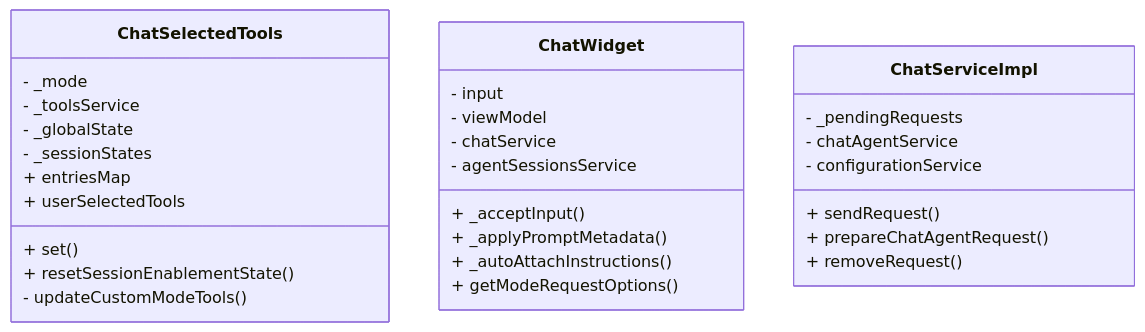
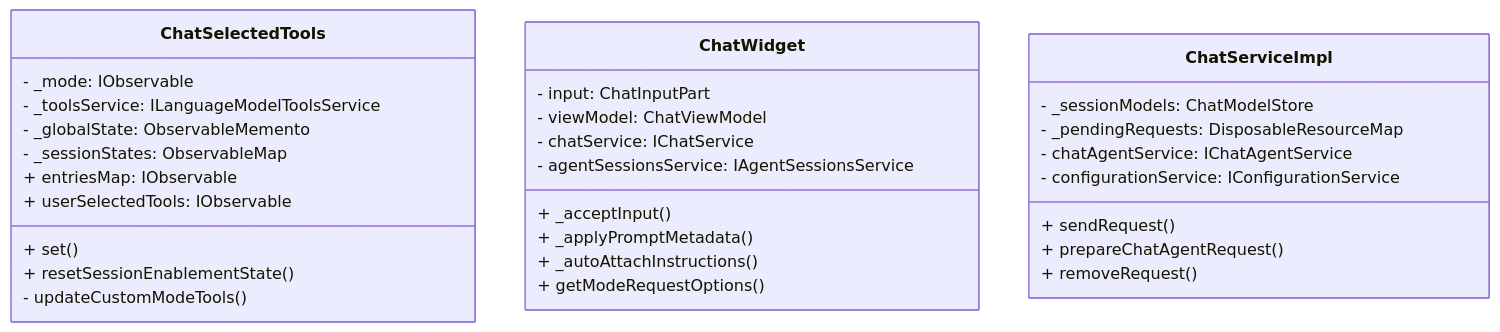
The first of 4 diagrams in living_doc/agentbackground.md (tamuratak/vscode), drawn with Mermaid before and after one commit. The commit also changed other lines of this file, not shown here.

Commit message:
Refactor class diagrams in agent background documentation for improved clarity and type definitions

````diff
--- a/living_doc/agentbackground.md
+++ b/living_doc/agentbackground.md
@@ -29,32 +29,33 @@
 ```mermaid
 classDiagram
 class ChatSelectedTools {
-	- _mode
-	- _toolsService
-	- _globalState
-	- _sessionStates
-	+ entriesMap
-	+ userSelectedTools
+	- _mode: IObservable<IChatMode>
+	- _toolsService: ILanguageModelToolsService
+	- _globalState: ObservableMemento<ToolEnablementStates>
+	- _sessionStates: ObservableMap
+	+ entriesMap: IObservable<IToolAndToolSetEnablementMap>
+	+ userSelectedTools: IObservable<UserSelectedTools>
 	+ set()
 	+ resetSessionEnablementState()
 	- updateCustomModeTools()
 }
 class ChatWidget {
-	- input
-	- viewModel
-	- chatService
-	- agentSessionsService
+	- input: ChatInputPart
+	- viewModel: ChatViewModel
+	- chatService: IChatService
+	- agentSessionsService: IAgentSessionsService
 	+ _acceptInput()
 	+ _applyPromptMetadata()
 	+ _autoAttachInstructions()
 	+ getModeRequestOptions()
 }
 class ChatServiceImpl {
-	- _pendingRequests
-	- chatAgentService
-	- configurationService
+	- _sessionModels: ChatModelStore
+	- _pendingRequests: DisposableResourceMap<CancellableRequest>
+	- chatAgentService: IChatAgentService
+	- configurationService: IConfigurationService
 	+ sendRequest()
 	+ prepareChatAgentRequest()
 	+ removeRequest()
 }
 ```
````
